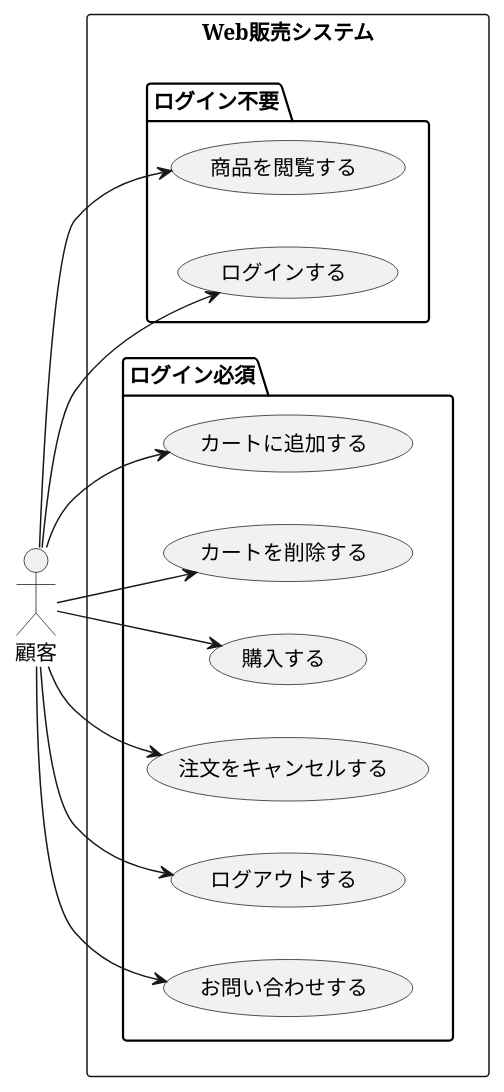
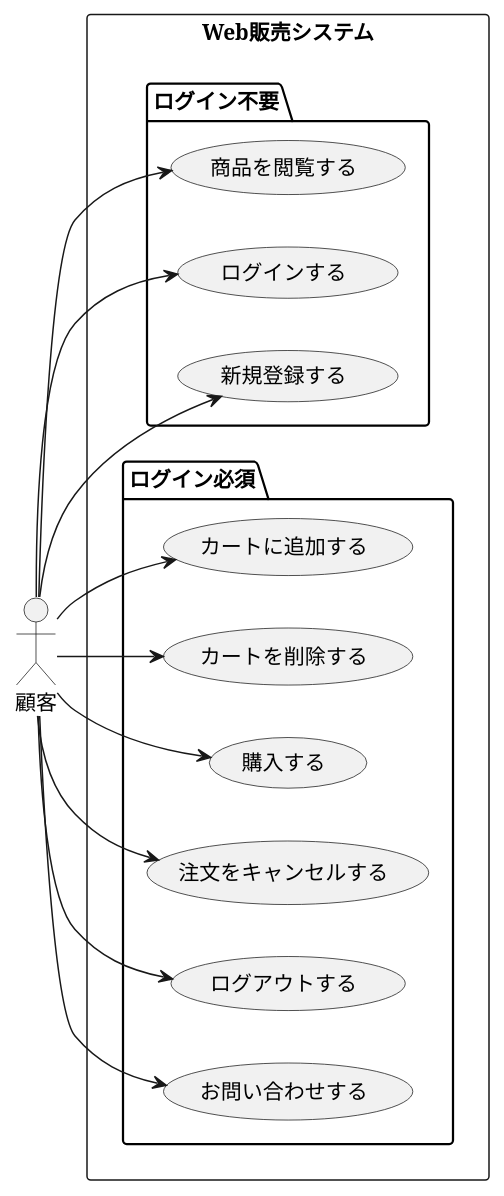
The diagram in group/3-3_総合演習1_BBショップ注文管理システム/ユースケース図/usecase_web.pu (ko246/ohara_uml), drawn with PlantUML before and after one commit.

Commit message:
ユースケース記述修正

```diff
--- a/group/3-3_総合演習1_BBショップ注文管理システム/ユースケース図/usecase_web.pu
+++ b/group/3-3_総合演習1_BBショップ注文管理システム/ユースケース図/usecase_web.pu
@@ -1,32 +1,34 @@
 @startuml Web販売システム
 left to right direction
 
 actor 顧客
 
 rectangle Web販売システム {
   
   package "ログイン不要" {
     usecase "商品を閲覧する" as UC_Browse
     usecase "ログインする" as UC_Login
+    usecase "新規登録する" as UC_Register
   }
 
   package "ログイン必須" {
     usecase "カートに追加する" as UC_AddToCart
     usecase "カートを削除する" as UC_DeleteCart
     usecase "購入する" as UC_Order
     usecase "注文をキャンセルする" as UC_Cancel
     usecase "ログアウトする" as UC_Logout
     usecase "お問い合わせする" as UC_Inquiry
   }
 }
 
 顧客 --> UC_Browse
 顧客 --> UC_Login
 顧客 --> UC_Logout
 顧客 --> UC_AddToCart
 顧客 --> UC_DeleteCart
 顧客 --> UC_Order
 顧客 --> UC_Cancel
 顧客 --> UC_Inquiry
+顧客 --> UC_Register
 
 @enduml
```
